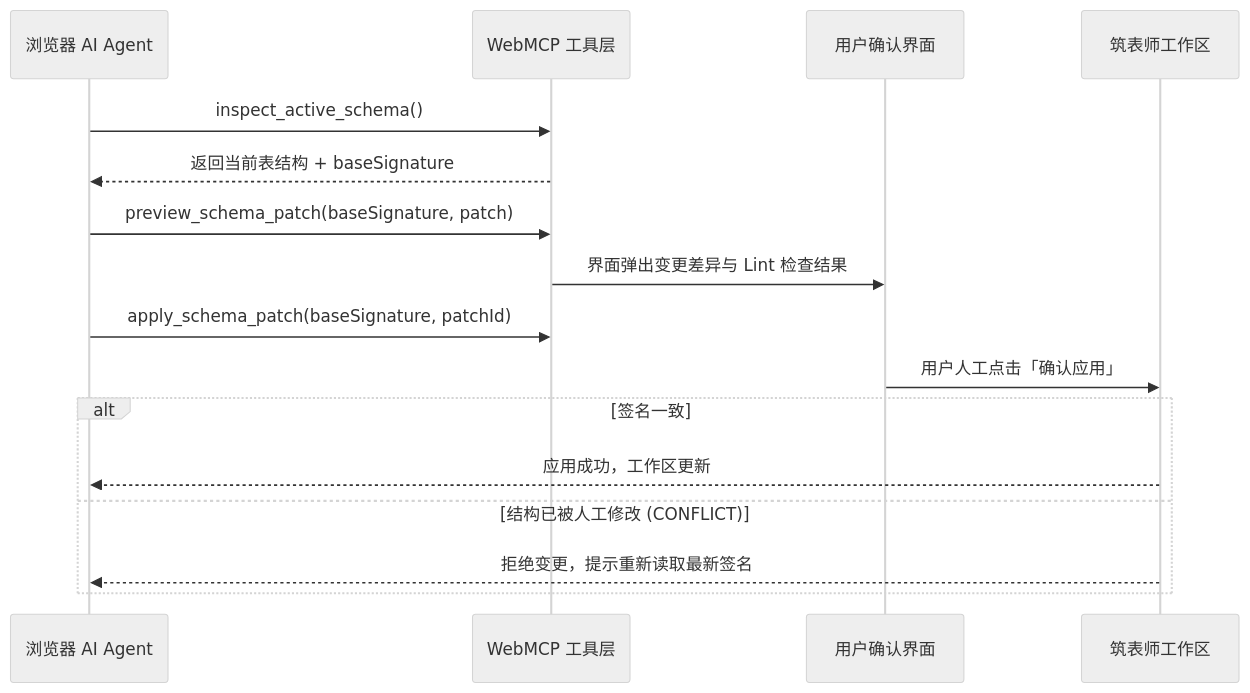
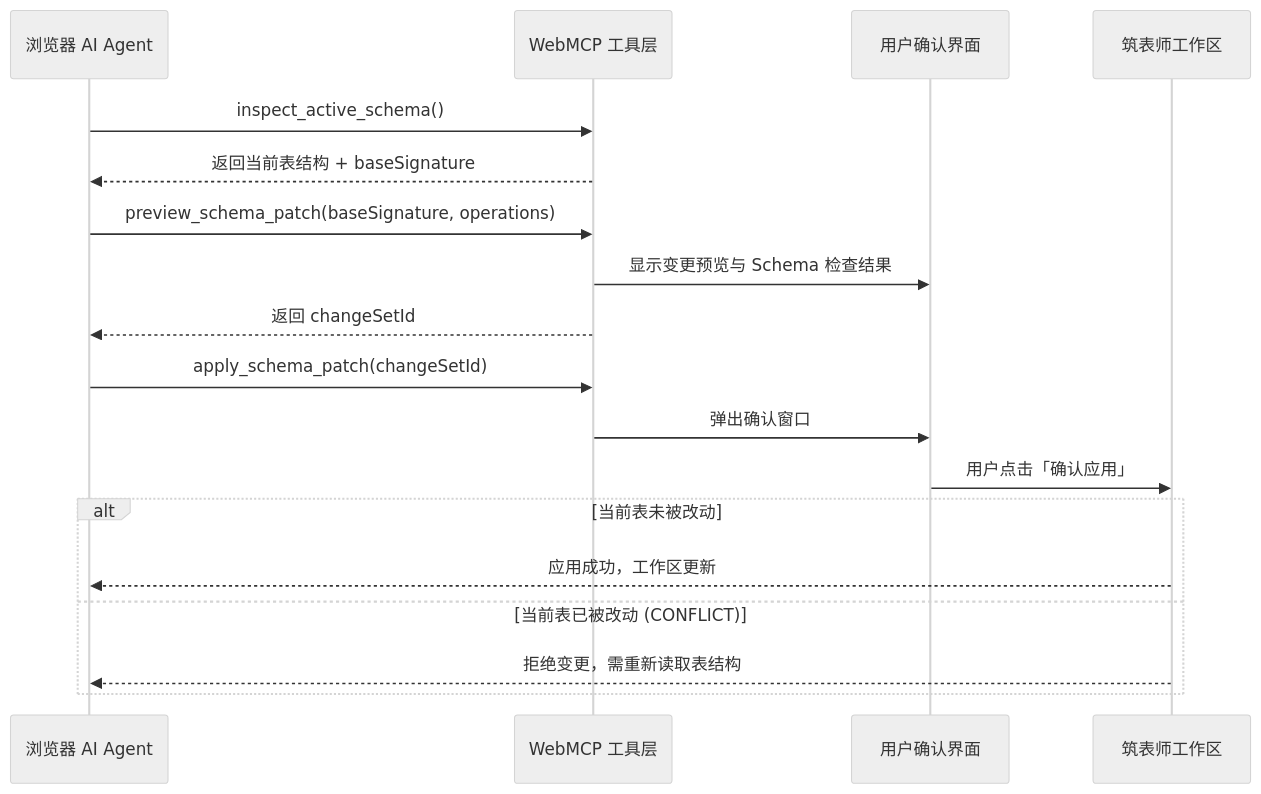
One commit to xingkaixin/dddlbuilder changed the diagram in apps/docs/zh/advanced/webmcp.md. Above: the diagram before and after it, drawn with Mermaid (neutral theme). The commit also changed other lines of this file and 51 other files, not shown here.

````diff
--- a/apps/docs/zh/advanced/webmcp.md
+++ b/apps/docs/zh/advanced/webmcp.md
@@ -32,19 +32,21 @@
 ```mermaid
 sequenceDiagram
     participant Agent as 浏览器 AI Agent
     participant WebMCP as WebMCP 工具层
     participant User as 用户确认界面
     participant Workspace as 筑表师工作区
 
     Agent->>WebMCP: inspect_active_schema()
     WebMCP-->>Agent: 返回当前表结构 + baseSignature
-    Agent->>WebMCP: preview_schema_patch(baseSignature, patch)
-    WebMCP->>User: 界面弹出变更差异与 Lint 检查结果
-    Agent->>WebMCP: apply_schema_patch(baseSignature, patchId)
-    User->>Workspace: 用户人工点击「确认应用」
-    alt 签名一致
+    Agent->>WebMCP: preview_schema_patch(baseSignature, operations)
+    WebMCP->>User: 显示变更预览与 Schema 检查结果
+    WebMCP-->>Agent: 返回 changeSetId
+    Agent->>WebMCP: apply_schema_patch(changeSetId)
+    WebMCP->>User: 弹出确认窗口
+    User->>Workspace: 用户点击「确认应用」
+    alt 当前表未被改动
         Workspace-->>Agent: 应用成功，工作区更新
-    else 结构已被人工修改 (CONFLICT)
-        Workspace-->>Agent: 拒绝变更，提示重新读取最新签名
+    else 当前表已被改动 (CONFLICT)
+        Workspace-->>Agent: 拒绝变更，需重新读取表结构
     end
 ```
````
